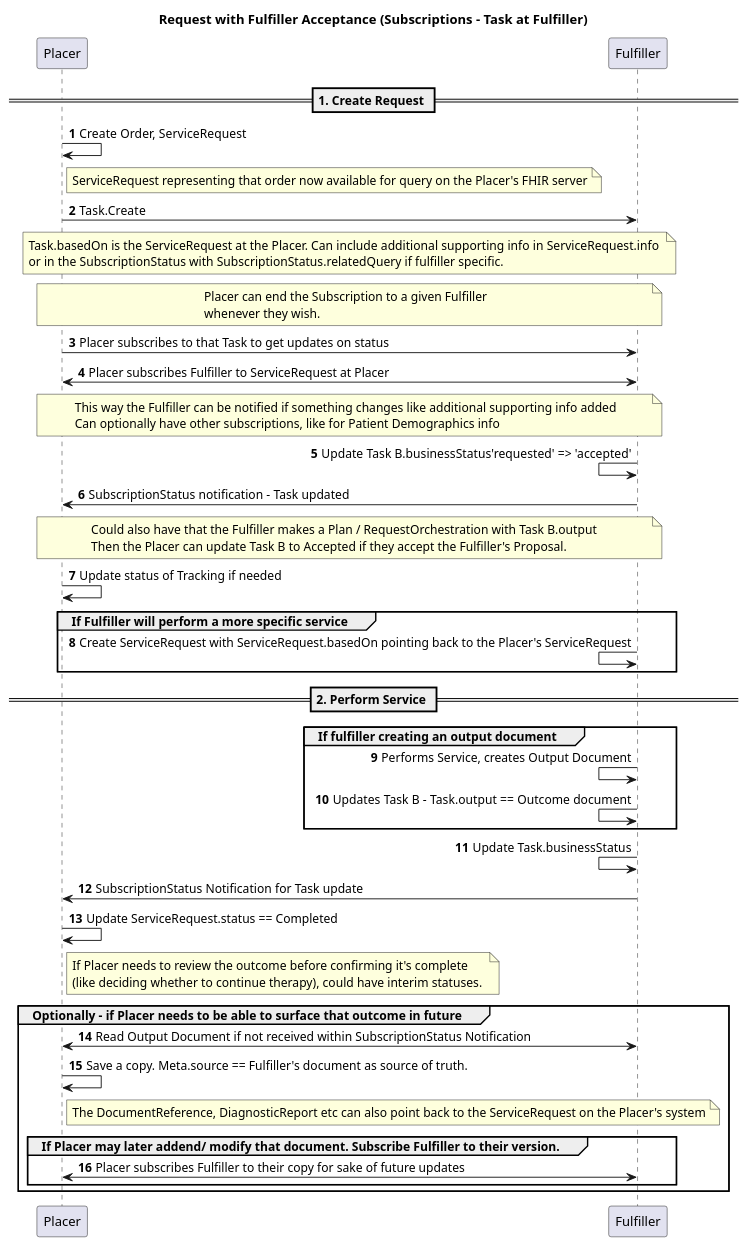
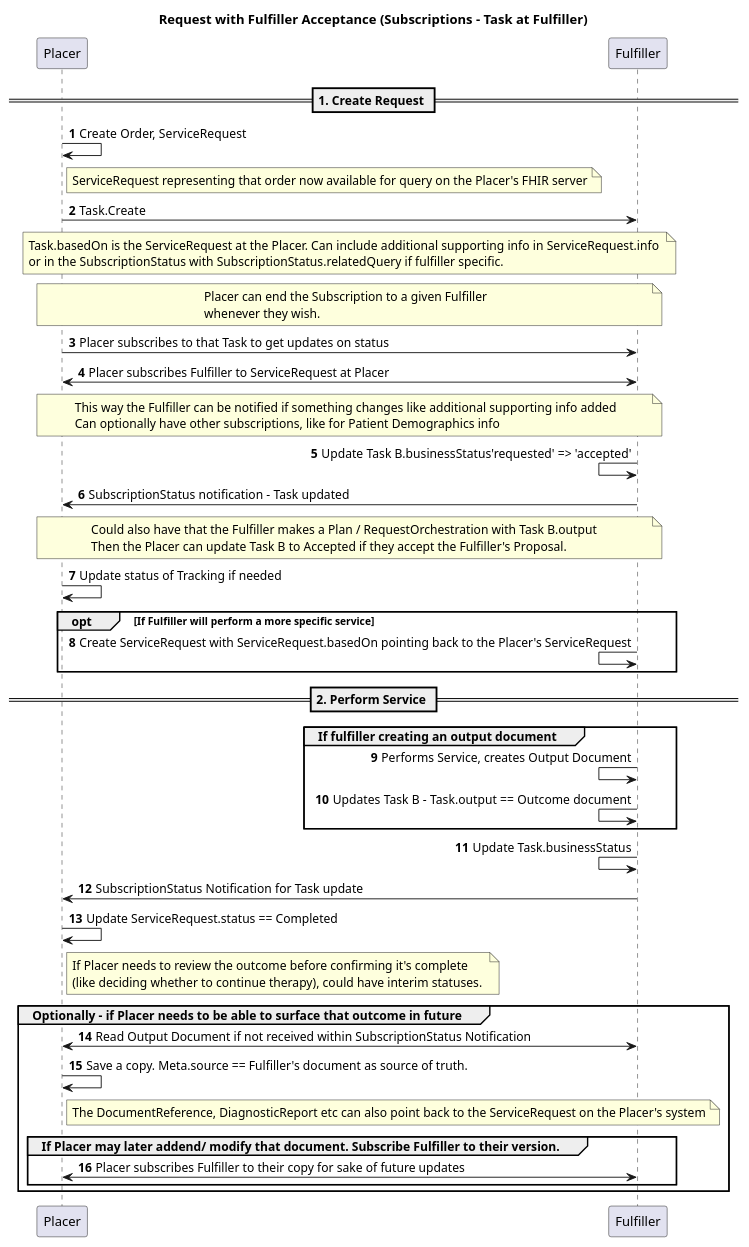
One commit to brianswinkels/fhir-cow-ig changed the diagram in input/images-source/request-fulfiller-subscriptions-task-at-fulfiller.plantuml. Above: the diagram before and after it, drawn with PlantUML. The commit also changed 4 other files, not shown here.

Commit message:
change to plantuml and collapsible sections

```diff
--- a/input/images-source/request-fulfiller-subscriptions-task-at-fulfiller.plantuml
+++ b/input/images-source/request-fulfiller-subscriptions-task-at-fulfiller.plantuml
@@ -1,69 +1,70 @@
 @startuml
+skinparam svgDimensionStyle false
 autonumber
 title Request with Fulfiller Acceptance (Subscriptions - Task at Fulfiller)
 == 1. Create Request ==
     Placer -> Placer: Create Order, ServiceRequest
     note right of Placer
     ServiceRequest representing that order now available for query on the Placer's FHIR server
     endnote
     Placer -> Fulfiller: Task.Create
     note over Placer, Fulfiller
     Task.basedOn is the ServiceRequest at the Placer. Can include additional supporting info in ServiceRequest.info 
     or in the SubscriptionStatus with SubscriptionStatus.relatedQuery if fulfiller specific.
     endnote
     note over Placer, Fulfiller
     Placer can end the Subscription to a given Fulfiller
     whenever they wish.
     endnote
     Placer -> Fulfiller: Placer subscribes to that Task to get updates on status
     Fulfiller <-> Placer: Placer subscribes Fulfiller to ServiceRequest at Placer
     note over Placer, Fulfiller
     This way the Fulfiller can be notified if something changes like additional supporting info added
     Can optionally have other subscriptions, like for Patient Demographics info
     endnote
     
     Fulfiller <- Fulfiller: Update Task B.businessStatus'requested' => 'accepted'
     Fulfiller -> Placer: SubscriptionStatus notification - Task updated
 
     note over Placer, Fulfiller 
     Could also have that the Fulfiller makes a Plan / RequestOrchestration with Task B.output 
     Then the Placer can update Task B to Accepted if they accept the Fulfiller's Proposal. 
     endnote
 
 Placer -> Placer: Update status of Tracking if needed
 
-group If Fulfiller will perform a more specific service
+opt If Fulfiller will perform a more specific service
     Fulfiller <- Fulfiller: Create ServiceRequest with ServiceRequest.basedOn pointing back to the Placer's ServiceRequest
-    end
+end
     
 == 2. Perform Service == 
 group If fulfiller creating an output document
     Fulfiller <- Fulfiller: Performs Service, creates Output Document
     Fulfiller <- Fulfiller: Updates Task B - Task.output == Outcome document
-    end
+end
 
 Fulfiller <- Fulfiller: Update Task.businessStatus
 
 Fulfiller -> Placer: SubscriptionStatus Notification for Task update
 
 Placer -> Placer: Update ServiceRequest.status == Completed
 
 note right of Placer
 If Placer needs to review the outcome before confirming it's complete 
 (like deciding whether to continue therapy), could have interim statuses. 
 endnote
 
 group Optionally - if Placer needs to be able to surface that outcome in future
     Placer <-> Fulfiller: Read Output Document if not received within SubscriptionStatus Notification
     Placer -> Placer: Save a copy. Meta.source == Fulfiller's document as source of truth. 
     
     note right of Placer
     The DocumentReference, DiagnosticReport etc can also point back to the ServiceRequest on the Placer's system
     endnote
     
     group If Placer may later addend/ modify that document. Subscribe Fulfiller to their version.
     Placer <-> Fulfiller: Placer subscribes Fulfiller to their copy for sake of future updates
     end
     
     end
 @enduml
```
